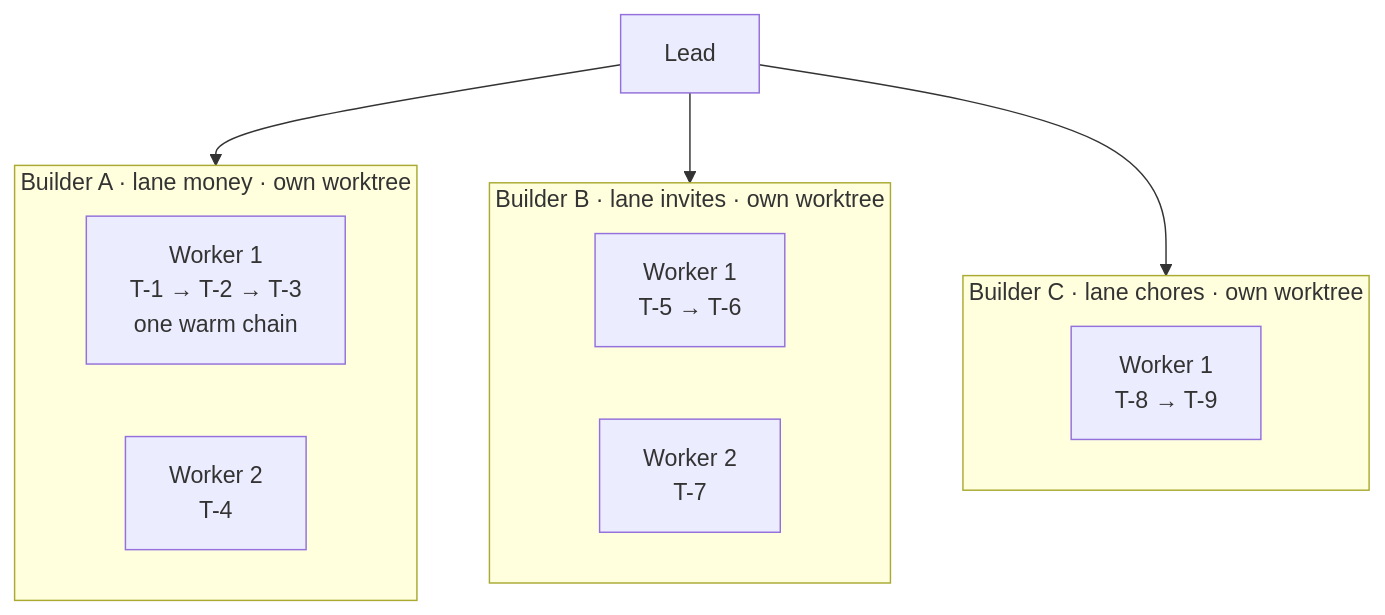
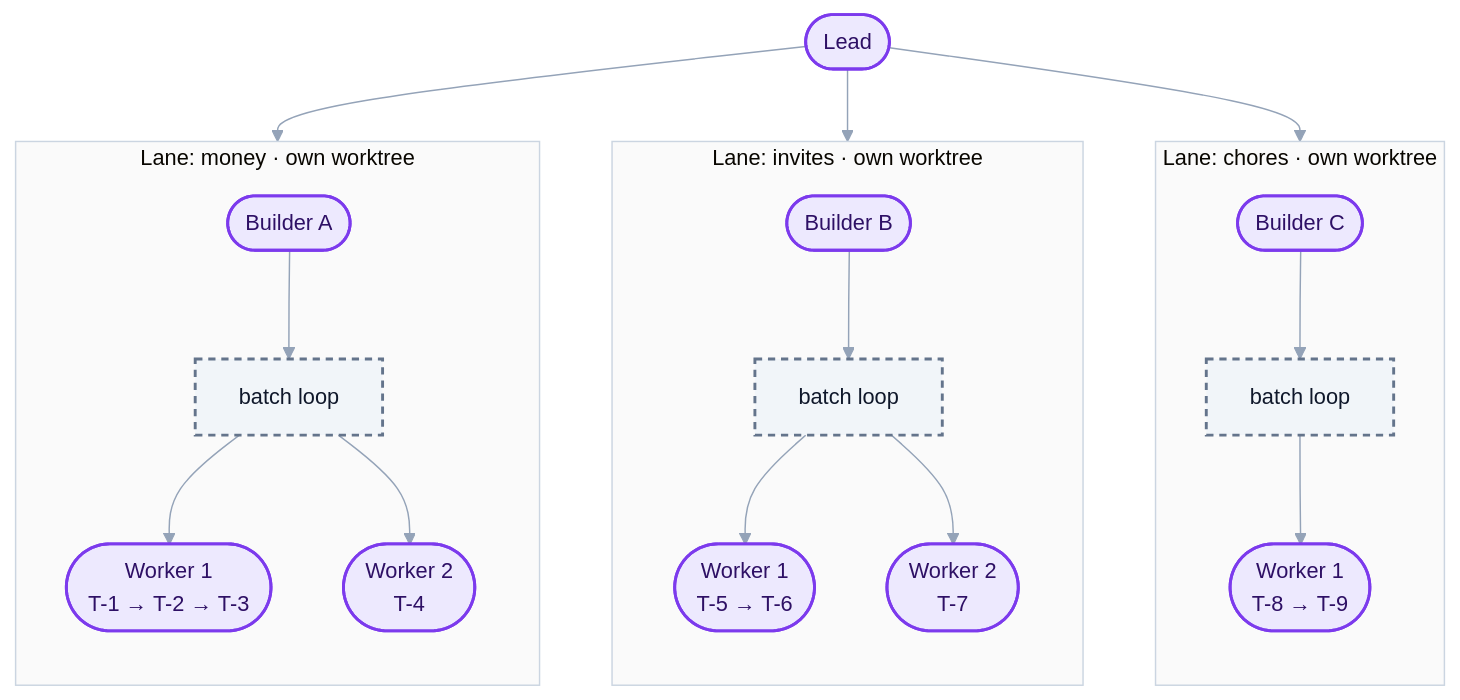
One commit to esharif20/herdr-software-factory changed the third of 6 diagrams in docs/06-builders-workers-parallelism.md. Above: the diagram before and after it, drawn with Mermaid. The commit also changed other lines of this file, not shown here.

First line of the commit message:
Post 6 rewrite: AI vs code, what the checks check, clearer diagrams

````diff
--- a/docs/06-builders-workers-parallelism.md
+++ b/docs/06-builders-workers-parallelism.md
@@ -7,19 +82,25 @@
 ```mermaid
+%%{init: {'theme':'base','themeVariables':{'fontFamily':'-apple-system, Segoe UI, Helvetica, sans-serif','fontSize':'15px','lineColor':'#94A3B8','clusterBkg':'#FAFAFA','clusterBorder':'#CBD5E1'}}}%%
 flowchart TB
-    L[Lead]
-    L --> BA & BB & BC
-    subgraph BA[Builder A · lane money · own worktree]
-        direction LR
-        A1[Worker 1<br/>T-1 → T-2 → T-3<br/>one warm chain]
-        A2[Worker 2<br/>T-4]
+    L([Lead]):::ai
+    L --> A & B & C
+    subgraph A[Lane: money · own worktree]
+        direction TB
+        BA([Builder A]):::ai --> LA[batch loop]:::code
+        LA --> A1([Worker 1<br/>T-1 → T-2 → T-3]):::ai
+        LA --> A2([Worker 2<br/>T-4]):::ai
     end
-    subgraph BB[Builder B · lane invites · own worktree]
-        direction LR
-        B1[Worker 1<br/>T-5 → T-6]
-        B2[Worker 2<br/>T-7]
+    subgraph B[Lane: invites · own worktree]
+        direction TB
+        BB([Builder B]):::ai --> LB[batch loop]:::code
+        LB --> B1([Worker 1<br/>T-5 → T-6]):::ai
+        LB --> B2([Worker 2<br/>T-7]):::ai
     end
-    subgraph BC[Builder C · lane chores · own worktree]
-        direction LR
-        C1[Worker 1<br/>T-8 → T-9]
+    subgraph C[Lane: chores · own worktree]
+        direction TB
+        BC([Builder C]):::ai --> LC[batch loop]:::code
+        LC --> C1([Worker 1<br/>T-8 → T-9]):::ai
     end
+    classDef ai fill:#EDE9FE,stroke:#7C3AED,color:#2E1065,stroke-width:2px
+    classDef code fill:#F1F5F9,stroke:#64748B,color:#0F172A,stroke-width:2px,stroke-dasharray:5 4
 ```
````
